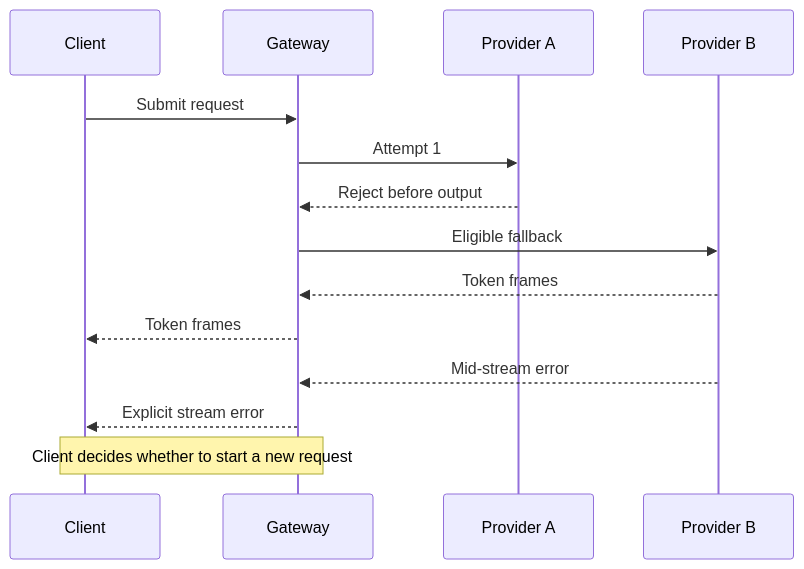
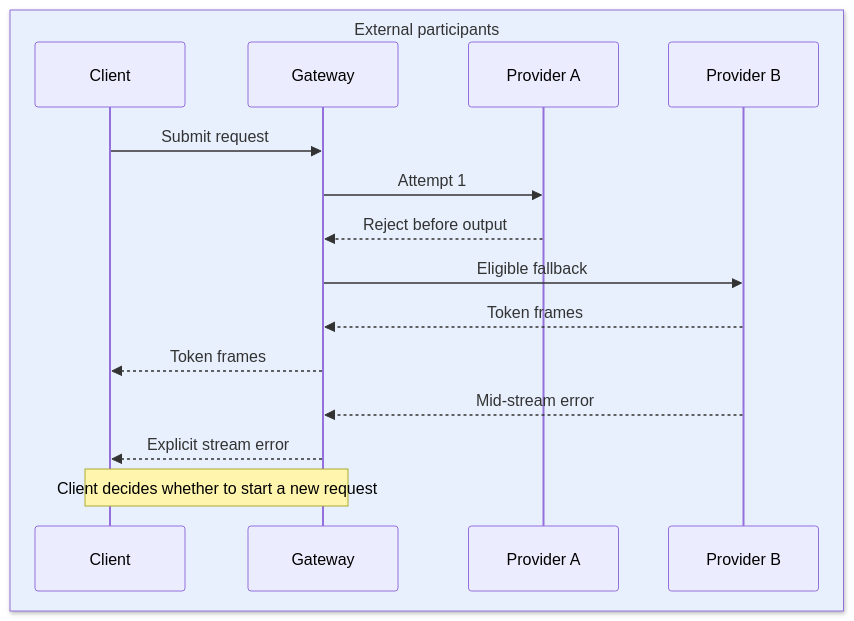
The third of 4 diagrams in _designs/system-design-openrouter.md (iliazlobin/iliazlobin.github.io), drawn with Mermaid before and after one commit. The commit also changed other lines of this file and 20 other files, not shown here.

Commit message:
Improve design flows, tradeoffs, and technology references

````diff
--- a/_designs/system-design-openrouter.md
+++ b/_designs/system-design-openrouter.md
@@ -235,16 +298,18 @@
 ```mermaid
 sequenceDiagram
-  participant C as Client
-  participant G as Gateway
-  participant A as Provider A
-  participant B as Provider B
+  box rgb(232,240,254) External participants
+    participant C as Client
+    participant G as Gateway
+    participant A as Provider A
+    participant B as Provider B
+  end
   C->>G: Submit request
   G->>A: Attempt 1
   A-->>G: Reject before output
   G->>B: Eligible fallback
   B-->>G: Token frames
   G-->>C: Token frames
   B-->>G: Mid-stream error
   G-->>C: Explicit stream error
   Note over G,C: Client decides whether to start a new request
 ```
````
